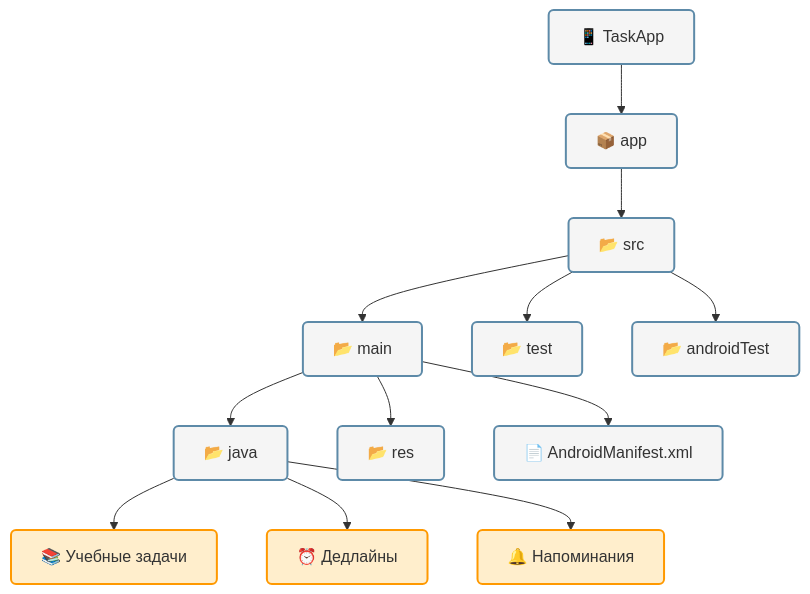
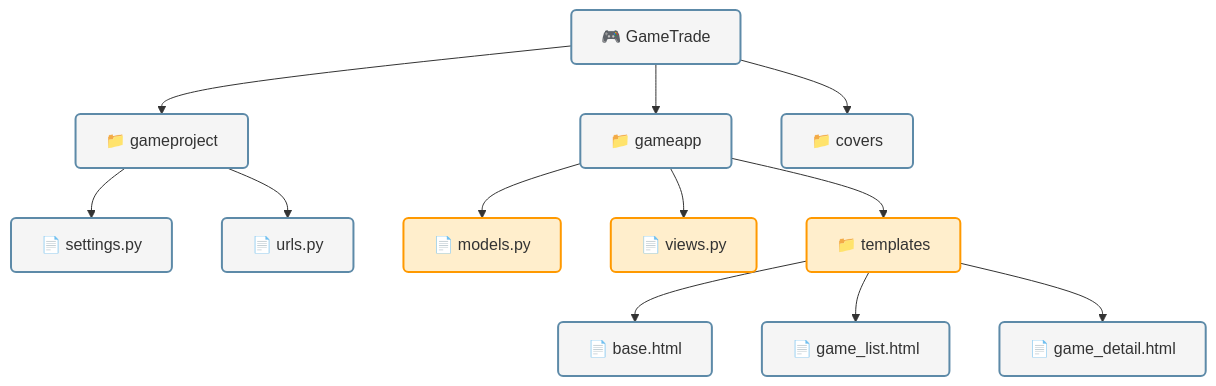
One commit to reazonvan/TaskApp changed the diagram in README.md. Above: the diagram before and after it, drawn with Mermaid. The commit also changed other lines of this file, not shown here.

````diff
--- a/README.md
+++ b/README.md
@@ -200,21 +227,23 @@
 ```mermaid
 flowchart TD
-    A["📱 TaskApp"] --> B["📦 app"]
-    B --> C["📂 src"]
-    C --> D["📂 main"]
-    C --> E["📂 test"]
-    C --> F["📂 androidTest"]
-    D --> G["📂 java"]
-    D --> H["📂 res"]
-    D --> I["📄 AndroidManifest.xml"]
+    A["🎮 GameTrade"] --> B["📁 gameproject"]
+    A --> C["📁 gameapp"]
+    A --> D["📁 covers"]
     
-    G --> J["📚 Учебные задачи"]
-    G --> K["⏰ Дедлайны"]
-    G --> L["🔔 Напоминания"]
+    B --> B1["📄 settings.py"]
+    B --> B2["📄 urls.py"]
+    
+    C --> C1["📄 models.py"]
+    C --> C2["📄 views.py"]
+    C --> C3["📁 templates"]
+    
+    C3 --> C31["📄 base.html"]
+    C3 --> C32["📄 game_list.html"]
+    C3 --> C33["📄 game_detail.html"]
     
     classDef default fill:#f5f5f5,stroke:#5d8aa8,stroke-width:2px,color:#333,rx:5px
     classDef special fill:#ffeecc,stroke:#ff9900,stroke-width:2px,color:#333,rx:5px
     
     class A,B default
-    class J,K,L special
+    class C1,C2,C3 special
 ```
````
